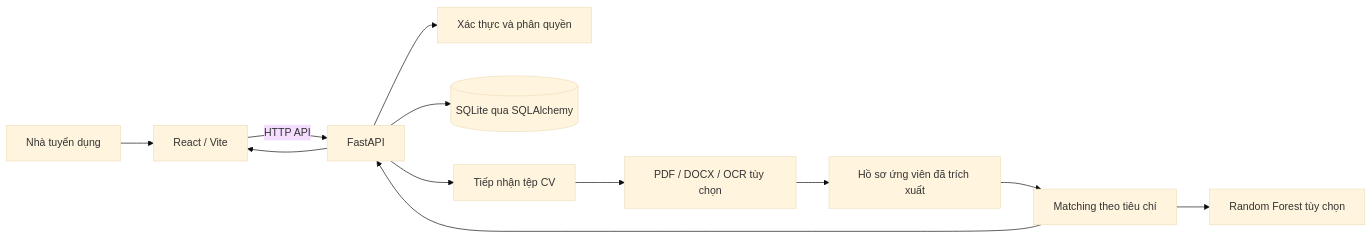
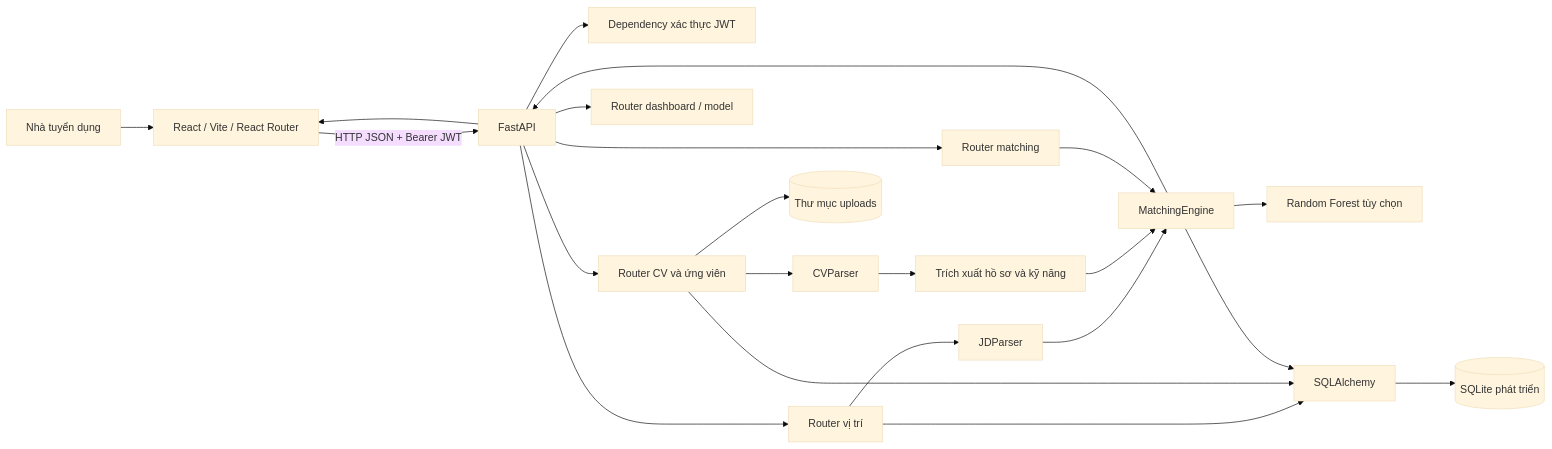
One commit to nguyenbaquan204/DO_AN_TRI_TUE_NHAN_TAO changed the first of 2 diagrams in docs/bao_cao_do_an.md. Above: the diagram before and after it, drawn with Mermaid (base theme). The commit also changed other lines of this file and 61 other files, not shown here.

````diff
--- a/docs/bao_cao_do_an.md
+++ b/docs/bao_cao_do_an.md
@@ -130,14 +130,24 @@
 ```mermaid
 flowchart LR
-  U[Nhà tuyển dụng] --> UI[React / Vite]
-  UI -->|HTTP API| API[FastAPI]
-  API --> AUTH[Xác thực và phân quyền]
-  API --> DB[(SQLite qua SQLAlchemy)]
-  API --> FILE[Tiếp nhận tệp CV]
-  FILE --> PARSE[PDF / DOCX / OCR tùy chọn]
-  PARSE --> PROFILE[Hồ sơ ứng viên đã trích xuất]
-  PROFILE --> MATCH[Matching theo tiêu chí]
-  MATCH --> MODEL[Random Forest tùy chọn]
-  MATCH --> API
+  U[Nhà tuyển dụng] --> UI[React / Vite / React Router]
+  UI -->|HTTP JSON + Bearer JWT| API[FastAPI]
+  API --> AUTH[Dependency xác thực JWT]
+  API --> JOBS[Router vị trí]
+  API --> RESUME[Router CV và ứng viên]
+  API --> MATCH[Router matching]
+  API --> DASH[Router dashboard / model]
+  JOBS --> JD[JDParser]
+  RESUME --> CV[CVParser]
+  CV --> EXTRACT[Trích xuất hồ sơ và kỹ năng]
+  JD --> MATCHING[MatchingEngine]
+  EXTRACT --> MATCHING
+  MATCH --> MATCHING
+  MATCHING --> RF[Random Forest tùy chọn]
+  JOBS --> ORM[SQLAlchemy]
+  RESUME --> ORM
+  MATCHING --> ORM
+  ORM --> DB[(SQLite phát triển)]
+  RESUME --> FILES[(Thư mục uploads)]
+  MATCHING --> API
   API --> UI
 ```
````
